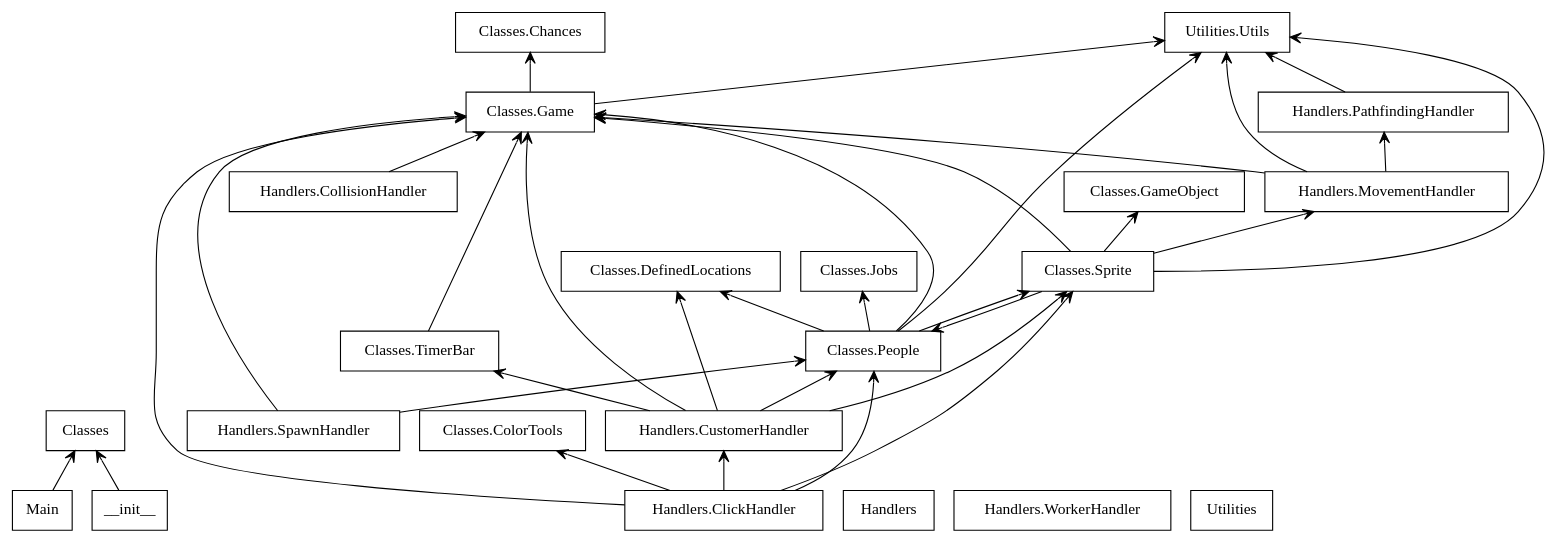
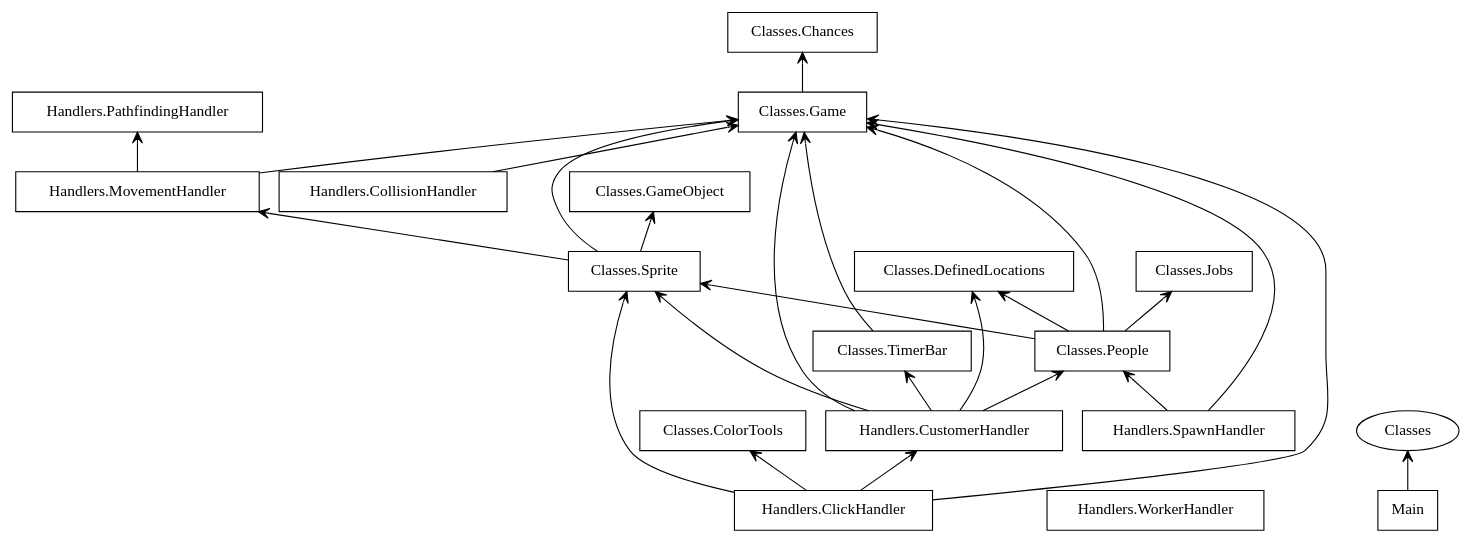
One commit to AedanM/PoppaPizza changed the diagram in Utilities/packages.dot. Above: the diagram before and after it, drawn with Graphviz. The commit also changed 18 other files, not shown here.

```diff
--- a/Utilities/packages.dot
+++ b/Utilities/packages.dot
@@ -1,58 +1,45 @@
 digraph "packages" {
 rankdir=BT
 charset="utf-8"
-"Classes" [color="black", label=<Classes>, shape="box", style="solid"];
 "Classes.Chances" [color="black", label=<Classes.Chances>, shape="box", style="solid"];
 "Classes.ColorTools" [color="black", label=<Classes.ColorTools>, shape="box", style="solid"];
 "Classes.DefinedLocations" [color="black", label=<Classes.DefinedLocations>, shape="box", style="solid"];
 "Classes.Game" [color="black", label=<Classes.Game>, shape="box", style="solid"];
 "Classes.GameObject" [color="black", label=<Classes.GameObject>, shape="box", style="solid"];
 "Classes.Jobs" [color="black", label=<Classes.Jobs>, shape="box", style="solid"];
 "Classes.People" [color="black", label=<Classes.People>, shape="box", style="solid"];
 "Classes.Sprite" [color="black", label=<Classes.Sprite>, shape="box", style="solid"];
 "Classes.TimerBar" [color="black", label=<Classes.TimerBar>, shape="box", style="solid"];
-"Handlers" [color="black", label=<Handlers>, shape="box", style="solid"];
 "Handlers.ClickHandler" [color="black", label=<Handlers.ClickHandler>, shape="box", style="solid"];
 "Handlers.CollisionHandler" [color="black", label=<Handlers.CollisionHandler>, shape="box", style="solid"];
 "Handlers.CustomerHandler" [color="black", label=<Handlers.CustomerHandler>, shape="box", style="solid"];
 "Handlers.MovementHandler" [color="black", label=<Handlers.MovementHandler>, shape="box", style="solid"];
 "Handlers.PathfindingHandler" [color="black", label=<Handlers.PathfindingHandler>, shape="box", style="solid"];
 "Handlers.SpawnHandler" [color="black", label=<Handlers.SpawnHandler>, shape="box", style="solid"];
 "Handlers.WorkerHandler" [color="black", label=<Handlers.WorkerHandler>, shape="box", style="solid"];
 "Main" [color="black", label=<Main>, shape="box", style="solid"];
-"Utilities" [color="black", label=<Utilities>, shape="box", style="solid"];
-"Utilities.Utils" [color="black", label=<Utilities.Utils>, shape="box", style="solid"];
-"__init__" [color="black", label=<__init__>, shape="box", style="solid"];
 "Classes.Game" -> "Classes.Chances" [arrowhead="open", arrowtail="none"];
-"Classes.Game" -> "Utilities.Utils" [arrowhead="open", arrowtail="none"];
 "Classes.People" -> "Classes.DefinedLocations" [arrowhead="open", arrowtail="none"];
 "Classes.People" -> "Classes.Game" [arrowhead="open", arrowtail="none"];
 "Classes.People" -> "Classes.Jobs" [arrowhead="open", arrowtail="none"];
 "Classes.People" -> "Classes.Sprite" [arrowhead="open", arrowtail="none"];
-"Classes.People" -> "Utilities.Utils" [arrowhead="open", arrowtail="none"];
 "Classes.Sprite" -> "Classes.Game" [arrowhead="open", arrowtail="none"];
 "Classes.Sprite" -> "Classes.GameObject" [arrowhead="open", arrowtail="none"];
-"Classes.Sprite" -> "Classes.People" [arrowhead="open", arrowtail="none"];
 "Classes.Sprite" -> "Handlers.MovementHandler" [arrowhead="open", arrowtail="none"];
-"Classes.Sprite" -> "Utilities.Utils" [arrowhead="open", arrowtail="none"];
 "Classes.TimerBar" -> "Classes.Game" [arrowhead="open", arrowtail="none"];
 "Handlers.ClickHandler" -> "Classes.ColorTools" [arrowhead="open", arrowtail="none"];
 "Handlers.ClickHandler" -> "Classes.Game" [arrowhead="open", arrowtail="none"];
-"Handlers.ClickHandler" -> "Classes.People" [arrowhead="open", arrowtail="none"];
 "Handlers.ClickHandler" -> "Classes.Sprite" [arrowhead="open", arrowtail="none"];
 "Handlers.ClickHandler" -> "Handlers.CustomerHandler" [arrowhead="open", arrowtail="none"];
 "Handlers.CollisionHandler" -> "Classes.Game" [arrowhead="open", arrowtail="none"];
 "Handlers.CustomerHandler" -> "Classes.DefinedLocations" [arrowhead="open", arrowtail="none"];
 "Handlers.CustomerHandler" -> "Classes.Game" [arrowhead="open", arrowtail="none"];
 "Handlers.CustomerHandler" -> "Classes.People" [arrowhead="open", arrowtail="none"];
 "Handlers.CustomerHandler" -> "Classes.Sprite" [arrowhead="open", arrowtail="none"];
 "Handlers.CustomerHandler" -> "Classes.TimerBar" [arrowhead="open", arrowtail="none"];
 "Handlers.MovementHandler" -> "Classes.Game" [arrowhead="open", arrowtail="none"];
 "Handlers.MovementHandler" -> "Handlers.PathfindingHandler" [arrowhead="open", arrowtail="none"];
-"Handlers.MovementHandler" -> "Utilities.Utils" [arrowhead="open", arrowtail="none"];
-"Handlers.PathfindingHandler" -> "Utilities.Utils" [arrowhead="open", arrowtail="none"];
 "Handlers.SpawnHandler" -> "Classes.Game" [arrowhead="open", arrowtail="none"];
 "Handlers.SpawnHandler" -> "Classes.People" [arrowhead="open", arrowtail="none"];
 "Main" -> "Classes" [arrowhead="open", arrowtail="none"];
-"__init__" -> "Classes" [arrowhead="open", arrowtail="none"];
 }
```
